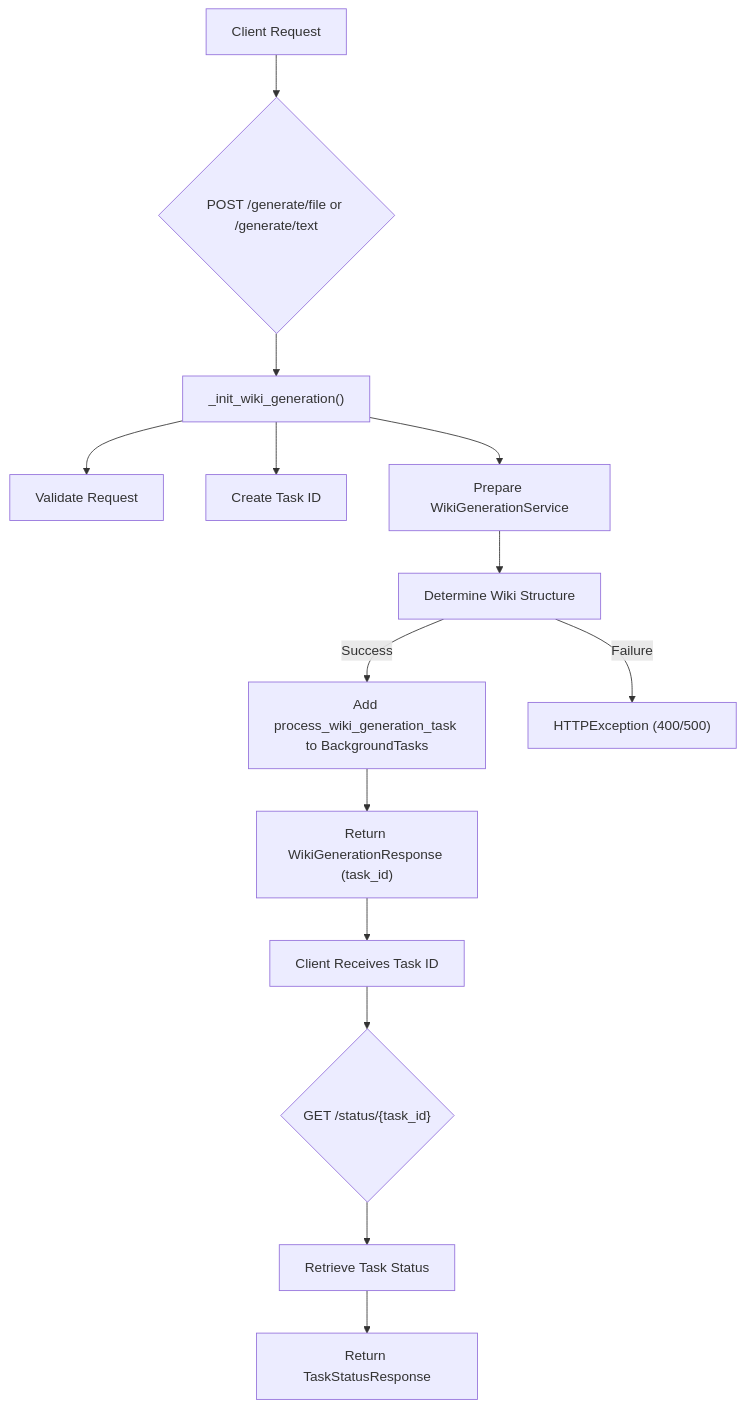
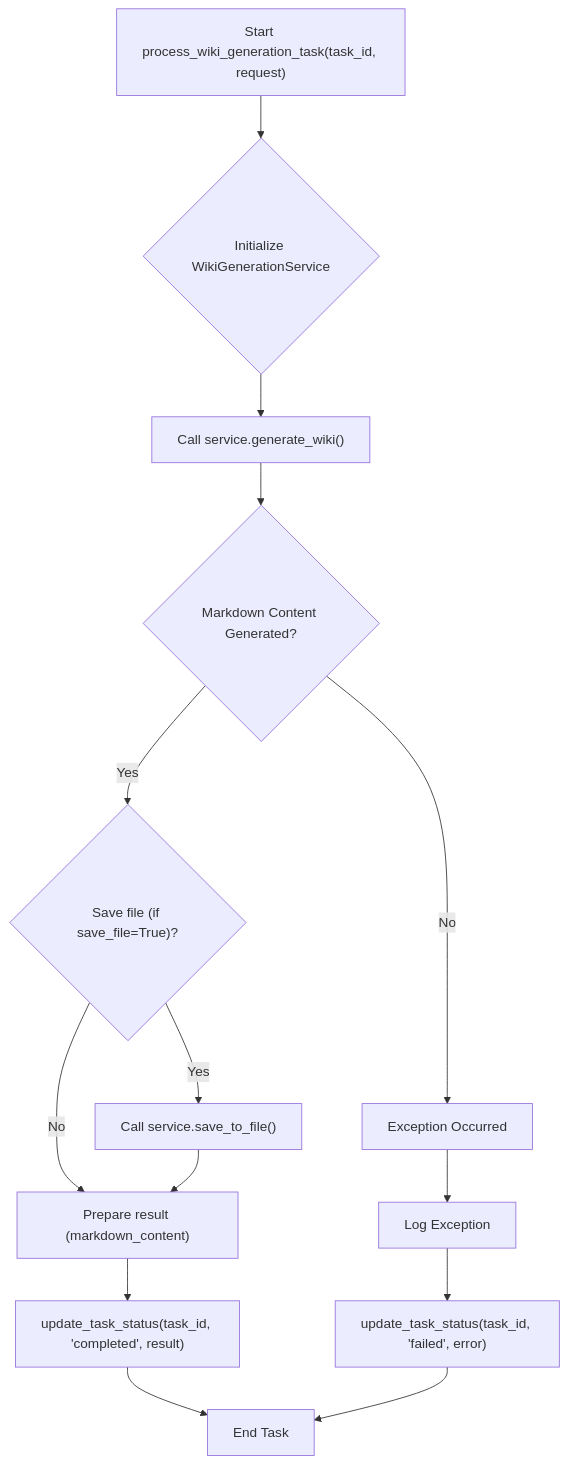
Before and after one commit to catuscio/wiki-as-readme: diagram 17 of 24 in examples/wiki_as_README.md, drawn with Mermaid. The commit also changed other lines of this file, not shown here.

````diff
--- a/examples/wiki_as_README.md
+++ b/examples/wiki_as_README.md
@@ -1827,16 +2108,16 @@
 ```mermaid
-graph TD
-    A["Client Request"] --> B{"POST /generate/file or /generate/text"};
-    B --> C["_init_wiki_generation()"];
-    C --> D["Validate Request"];
-    C --> E["Create Task ID"];
-    C --> F["Prepare WikiGenerationService"];
-    F --> G["Determine Wiki Structure"];
-    G -- "Success" --> H["Add process_wiki_generation_task to BackgroundTasks"];
-    H --> I["Return WikiGenerationResponse (task_id)"];
-    I --> J["Client Receives Task ID"];
-    J --> K{"GET /status/{task_id}"};
-    K --> L["Retrieve Task Status"];
-    L --> M["Return TaskStatusResponse"];
-    G -- "Failure" --> N["HTTPException (400/500)"];
+flowchart TD
+    A["Start process_wiki_generation_task(task_id, request)"] --> B{"Initialize WikiGenerationService"};
+    B --> C["Call service.generate_wiki()"];
+    C --> D{"Markdown Content Generated?"};
+    D -- Yes --> E{"Save file (if save_file=True)?"};
+    E -- Yes --> F["Call service.save_to_file()"];
+    E -- No --> G["Prepare result (markdown_content)"];
+    F --> G;
+    G --> H["update_task_status(task_id, 'completed', result)"];
+    H --> I["End Task"];
+    D -- No --> J["Exception Occurred"];
+    J --> K["Log Exception"];
+    K --> L["update_task_status(task_id, 'failed', error)"];
+    L --> I;
 ```
````
